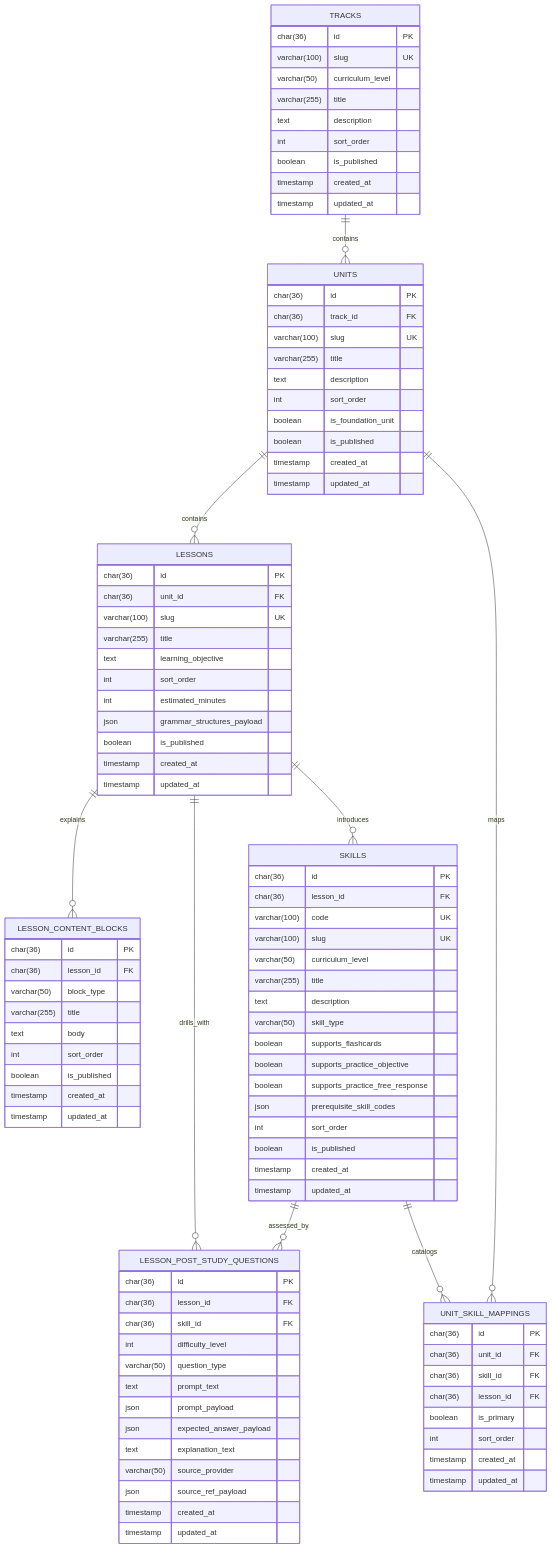
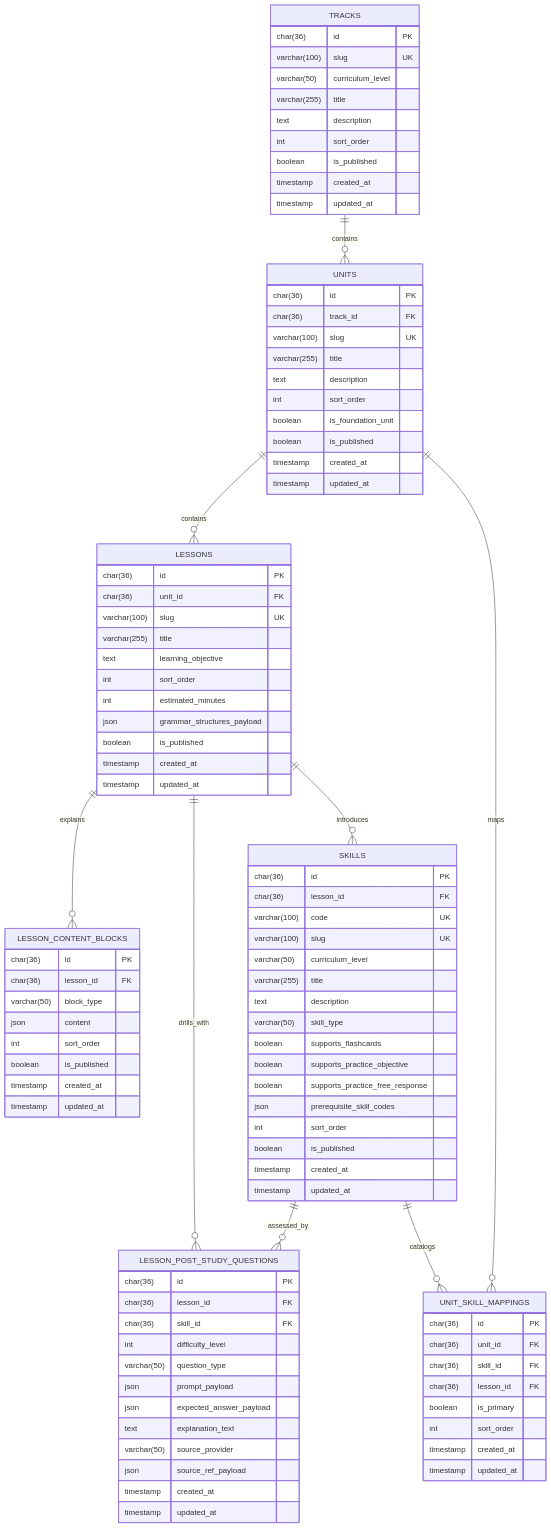
One commit to bpkcongli/kotoba-hub changed the diagram in docs/erd/syllabus-domain.md. Above: the diagram before and after it, drawn with Mermaid. The commit also changed other lines of this file and 8 other files, not shown here.

Commit message:
docs: update API contracts and schemas to support new content block types and HTML rendering for lesson materials

```diff
--- a/docs/erd/syllabus-domain.md
+++ b/docs/erd/syllabus-domain.md
@@ -70,8 +70,7 @@
         char(36) id PK
         char(36) lesson_id FK
         varchar(50) block_type
-        varchar(255) title
-        text body
+        json content
         int sort_order
         boolean is_published
         timestamp created_at
@@ -84,7 +83,6 @@
         char(36) skill_id FK
         int difficulty_level
         varchar(50) question_type
-        text prompt_text
         json prompt_payload
         json expected_answer_payload
         text explanation_text
```
